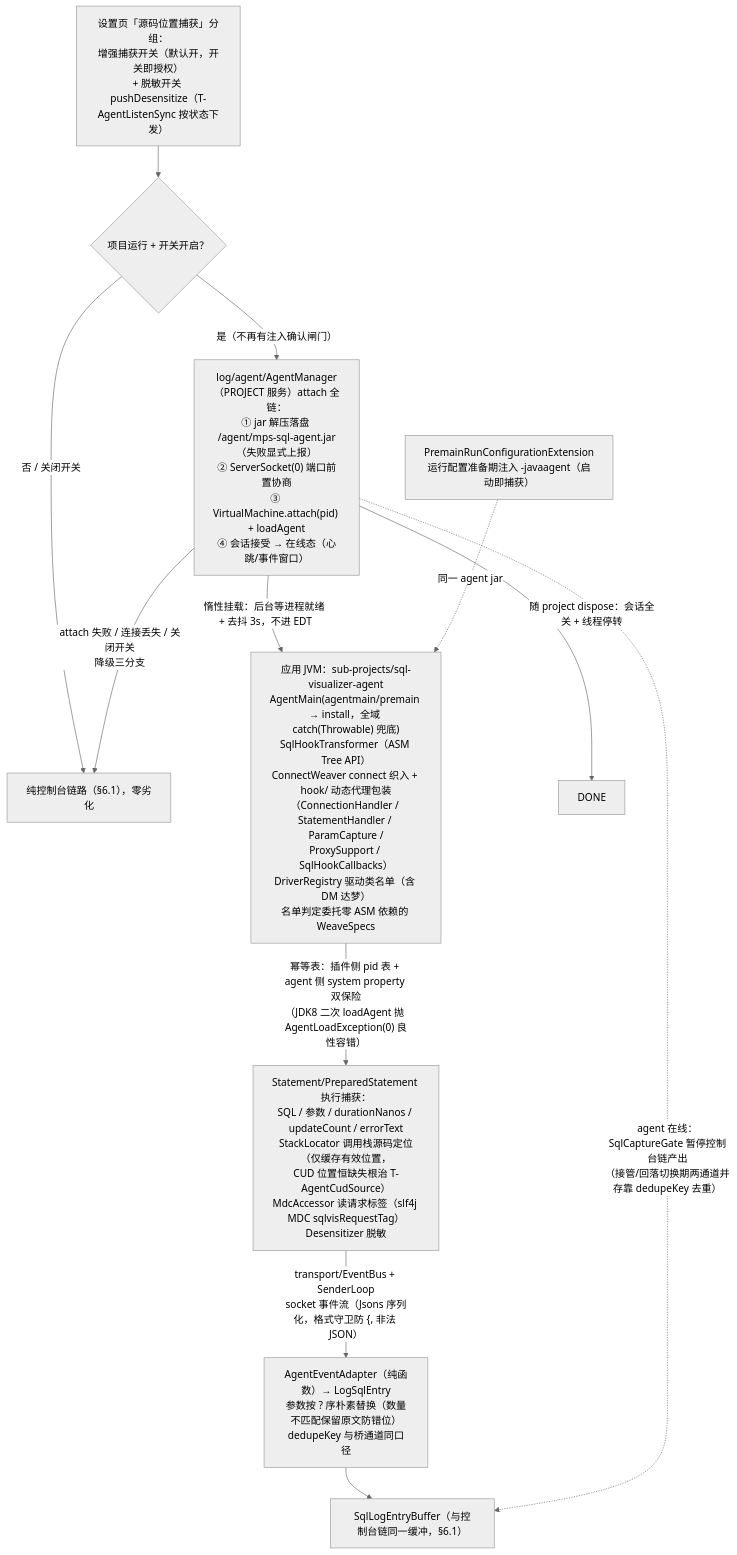
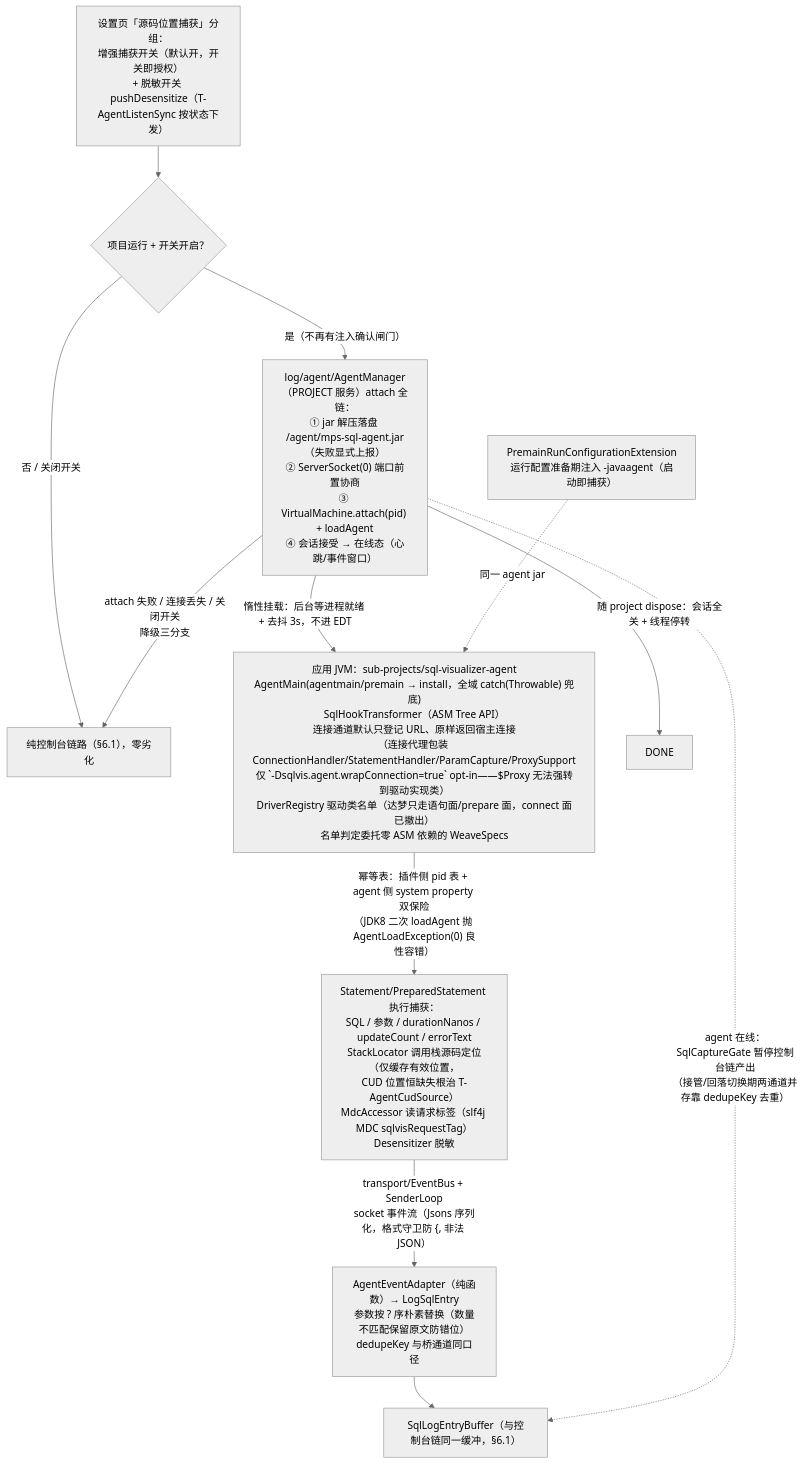
One commit to SongRenShuo/mybatis-plus-sql-visualizer changed diagram 14 of 18 in docs/架构设计/02-核心流程详解.md. Above: the diagram before and after it, drawn with Mermaid (neutral theme). The commit also changed 18 other files, not shown here.

First line of the commit message:
fix(agent): 增强捕获不再替换宿主 JDBC 连接（修 $Proxy 强转驱动实现类 CCE）

````diff
--- a/docs/架构设计/02-核心流程详解.md
+++ b/docs/架构设计/02-核心流程详解.md
@@ -623,14 +623,14 @@
 ```mermaid
 flowchart TD
     SET["设置页「源码位置捕获」分组：<br/>增强捕获开关（默认开，开关即授权）<br/>+ 脱敏开关 pushDesensitize（T-AgentListenSync 按状态下发）"] --> TRIG{"项目运行 + 开关开启？"}
     TRIG -->|"是（不再有注入确认闸门）"| ATTACH["log/agent/AgentManager（PROJECT 服务）attach 全链：<br/>① jar 解压落盘 /agent/mps-sql-agent.jar（失败显式上报）<br/>② ServerSocket(0) 端口前置协商<br/>③ VirtualMachine.attach(pid) + loadAgent<br/>④ 会话接受 → 在线态（心跳/事件窗口）"]
     TRIG -->|"否 / 关闭开关"| CONSOLE["纯控制台链路（§6.1），零劣化"]
-    ATTACH -->|"惰性挂载：后台等进程就绪 + 去抖 3s，不进 EDT"| JVM["应用 JVM：sub-projects/sql-visualizer-agent<br/>AgentMain(agentmain/premain → install，全域 catch(Throwable) 兜底)<br/>SqlHookTransformer（ASM Tree API）<br/>ConnectWeaver connect 织入 + hook/ 动态代理包装<br/>（ConnectionHandler / StatementHandler / ParamCapture /<br/>ProxySupport / SqlHookCallbacks）<br/>DriverRegistry 驱动类名单（含 DM 达梦）<br/>名单判定委托零 ASM 依赖的 WeaveSpecs"]
+    ATTACH -->|"惰性挂载：后台等进程就绪 + 去抖 3s，不进 EDT"| JVM["应用 JVM：sub-projects/sql-visualizer-agent<br/>AgentMain(agentmain/premain → install，全域 catch(Throwable) 兜底)<br/>SqlHookTransformer（ASM Tree API）<br/>连接通道默认只登记 URL、原样返回宿主连接<br/>（连接代理包装 ConnectionHandler/StatementHandler/ParamCapture/ProxySupport<br/>仅 `-Dsqlvis.agent.wrapConnection=true` opt-in——$Proxy 无法强转到驱动实现类）<br/>DriverRegistry 驱动类名单（达梦只走语句面/prepare 面，connect 面已撤出）<br/>名单判定委托零 ASM 依赖的 WeaveSpecs"]
     PRE["PremainRunConfigurationExtension<br/>运行配置准备期注入 -javaagent（启动即捕获）"] -.->|"同一 agent jar"| JVM
     JVM -->|"幂等表：插件侧 pid 表 + agent 侧 system property 双保险<br/>（JDK8 二次 loadAgent 抛 AgentLoadException(0) 良性容错）"| CAP2["Statement/PreparedStatement 执行捕获：<br/>SQL / 参数 / durationNanos / updateCount / errorText<br/>StackLocator 调用栈源码定位（仅缓存有效位置，<br/>CUD 位置恒缺失根治 T-AgentCudSource）<br/>MdcAccessor 读请求标签（slf4j MDC sqlvisRequestTag）<br/>Desensitizer 脱敏"]
     CAP2 -->|"transport/EventBus + SenderLoop<br/>socket 事件流（Jsons 序列化，格式守卫防 {, 非法 JSON）"| ADAPT["AgentEventAdapter（纯函数）→ LogSqlEntry<br/>参数按 ? 序朴素替换（数量不匹配保留原文防错位）<br/>dedupeKey 与桥通道同口径"]
     ADAPT --> BUF["SqlLogEntryBuffer（与控制台链同一缓冲，§6.1）"]
     ATTACH -.->|"agent 在线：SqlCaptureGate 暂停控制台链产出<br/>（接管/回落切换期两通道并存靠 dedupeKey 去重）"| BUF
     ATTACH -->|"attach 失败 / 连接丢失 / 关闭开关<br/>降级三分支"| CONSOLE
     ATTACH -->|"随 project dispose：会话全关 + 线程停转"| DONE
 ```
````
